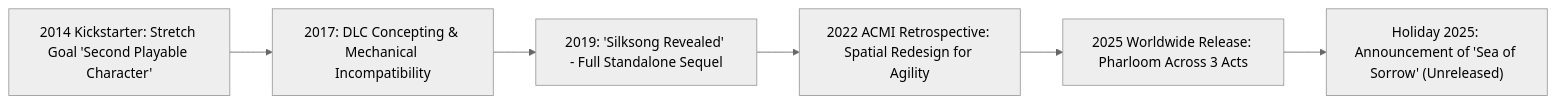
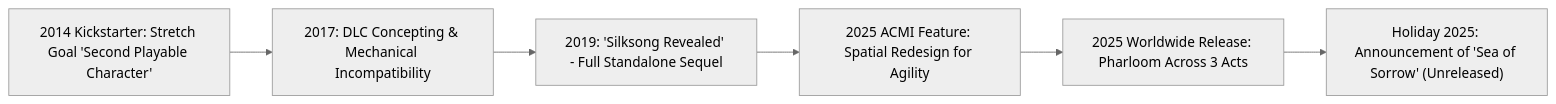
The first of 5 diagrams in 10_SILKSONG_NARRATIVE.md (smile-plzz/hollow-knight-both-games), drawn with Mermaid (neutral theme) before and after one commit. The commit also changed other lines of this file and 21 other files, not shown here.

````diff
--- a/10_SILKSONG_NARRATIVE.md
+++ b/10_SILKSONG_NARRATIVE.md
@@ -15,8 +15,8 @@
 ```mermaid
 flowchart LR
     A["2014 Kickstarter: Stretch Goal 'Second Playable Character'"] --> B["2017: DLC Concepting & Mechanical Incompatibility"]
     B --> C["2019: 'Silksong Revealed' - Full Standalone Sequel"]
-    C --> D["2022 ACMI Retrospective: Spatial Redesign for Agility"]
+    C --> D["2025 ACMI Feature: Spatial Redesign for Agility"]
     D --> E["2025 Worldwide Release: Pharloom Across 3 Acts"]
     E --> F["Holiday 2025: Announcement of 'Sea of Sorrow' (Unreleased)"]
 ```
````
